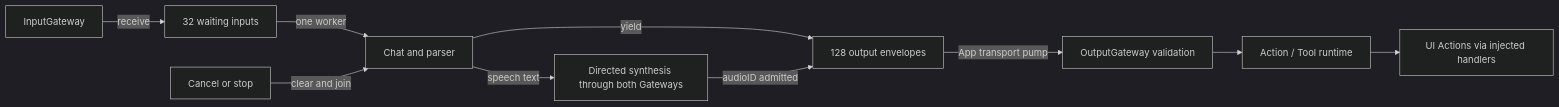
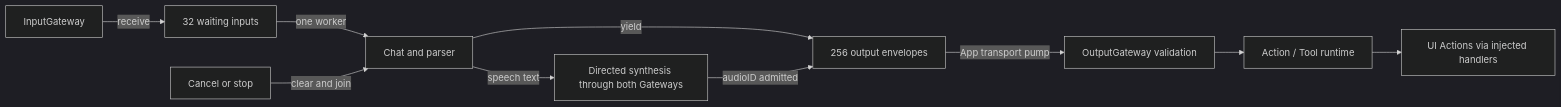
One commit to devilyouwei/MobileHarness changed the second of 3 diagrams in MobileHarness/Agents/Assistant/README.md. Above: the diagram before and after it, drawn with Mermaid (dark theme). The commit also changed other lines of this file and 51 other files, not shown here.

````diff
--- a/MobileHarness/Agents/Assistant/README.md
+++ b/MobileHarness/Agents/Assistant/README.md
@@ -50,12 +50,12 @@
 ```mermaid
 flowchart LR
     InputGateway -->|receive| Inbox[32 waiting inputs]
     Inbox -->|one worker| Chat[Chat and parser]
-    Chat -->|yield| Out[128 output envelopes]
+    Chat -->|yield| Out[256 output envelopes]
     Chat -->|speech text| Synth[Directed synthesis through both Gateways]
     Synth -->|audioID admitted| Out
     Out -->|App transport pump| Gateway[OutputGateway validation]
     Gateway --> Runtime[Action / Tool runtime]
     Runtime --> UI[UI Actions via injected handlers]
     Cancel[Cancel or stop] -->|clear and join| Chat
 ```
````
